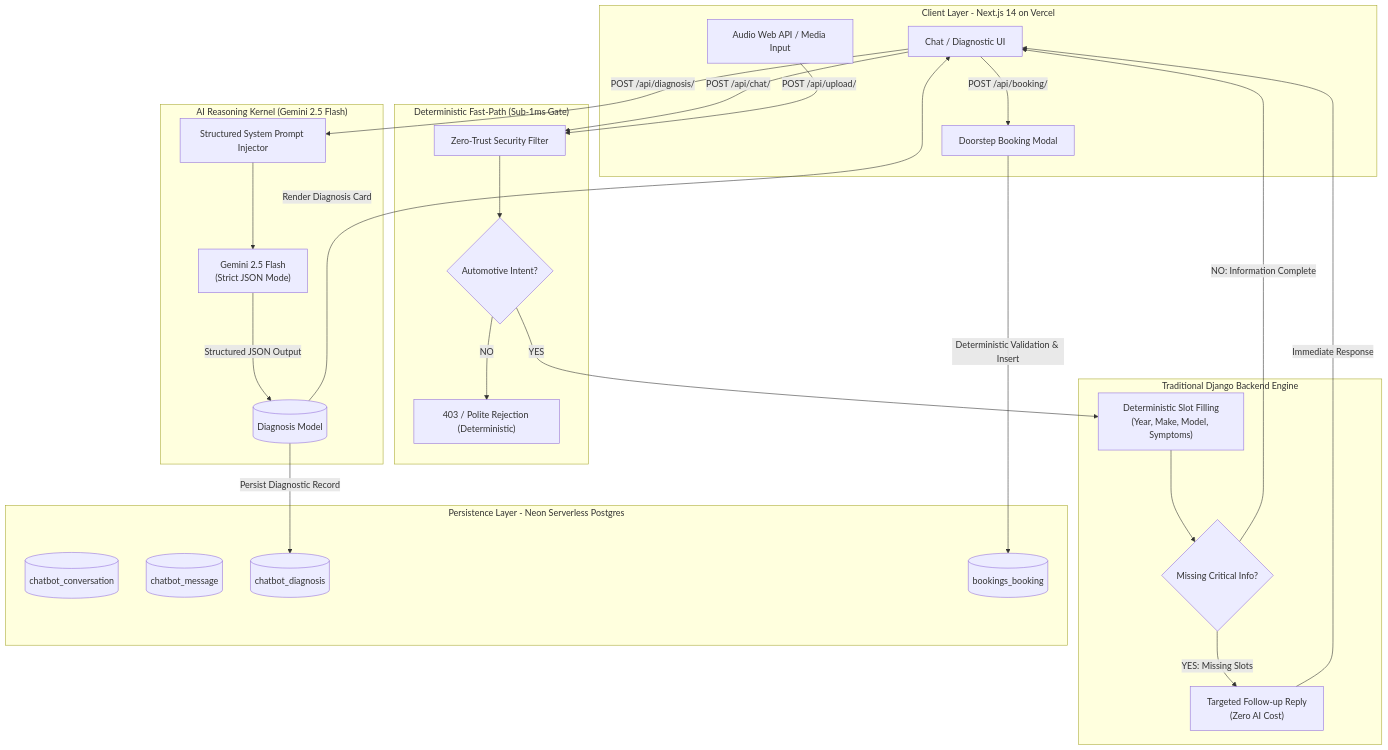
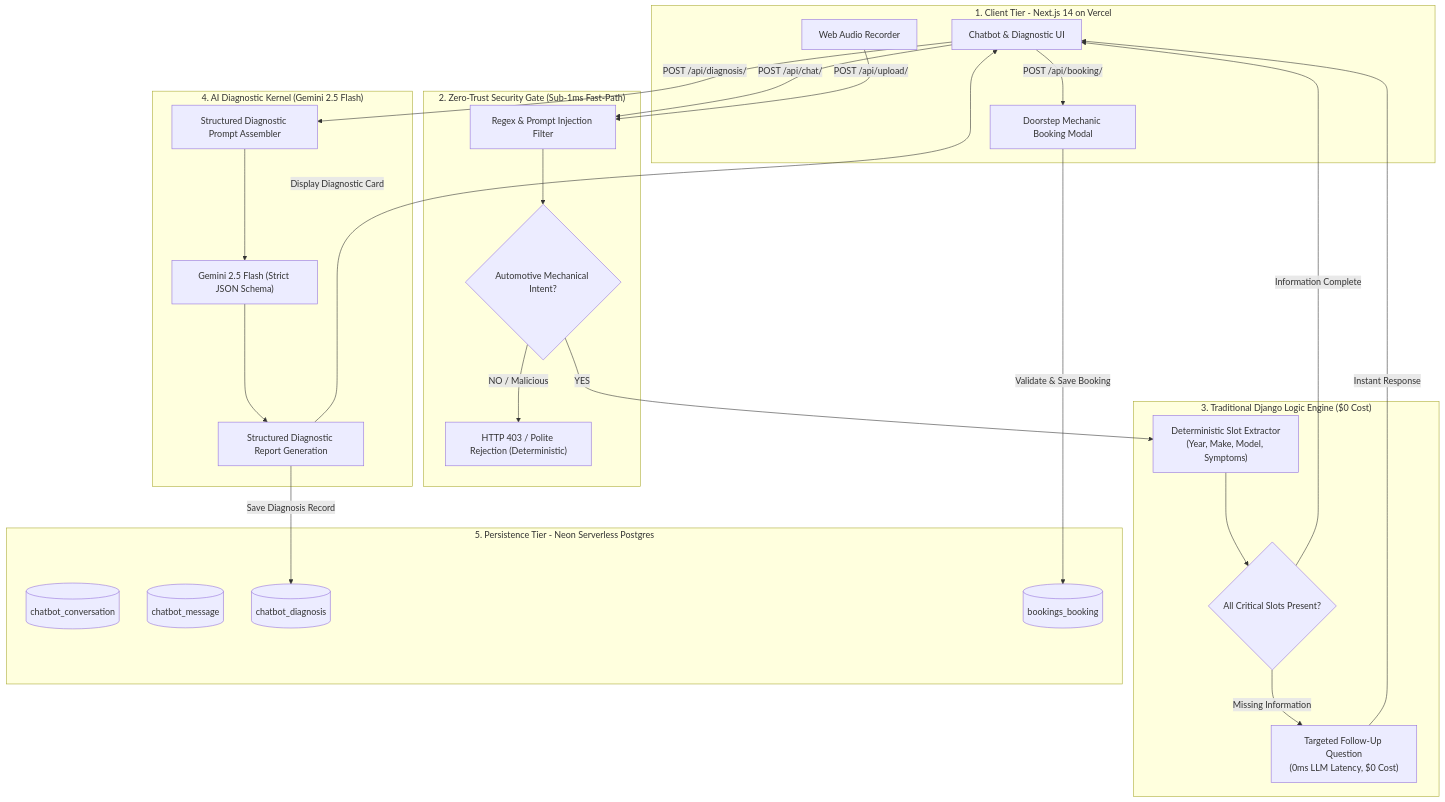
One commit to honoursbhaduria/instant-mechanic-task changed the diagram in honours-idea-implimentaion.md. Above: the diagram before and after it, drawn with Mermaid. The commit also changed other lines of this file, not shown here.

Commit message:
docs: restructure honours-idea-implimentaion.md to emphasize problem, solution, cost reduction math, and API docs at end

````diff
--- a/honours-idea-implimentaion.md
+++ b/honours-idea-implimentaion.md
@@ -33,54 +129,53 @@
 ```mermaid
 flowchart TD
-    %% Tiers Definition
-    subgraph Client ["Client Layer - Next.js 14 on Vercel"]
-        UI["Chat / Diagnostic UI"]
-        AudioRec["Audio Web API / Media Input"]
-        BookingUI["Doorstep Booking Modal"]
+    subgraph ClientLayer ["1. Client Tier - Next.js 14 on Vercel"]
+        UI["Chatbot & Diagnostic UI"]
+        AudioRec["Web Audio Recorder"]
+        BookingUI["Doorstep Mechanic Booking Modal"]
     end
 
-    subgraph SecurityGate ["Deterministic Fast-Path (Sub-1ms Gate)"]
-        Guard["Zero-Trust Security Filter"]
-        CarFilter{"Automotive Intent?"}
-        Reject403["403 / Polite Rejection (Deterministic)"]
+    subgraph SecurityGate ["2. Zero-Trust Security Gate (Sub-1ms Fast-Path)"]
+        Guard["Regex & Prompt Injection Filter"]
+        CarFilter{"Automotive Mechanical Intent?"}
+        Reject403["HTTP 403 / Polite Rejection (Deterministic)"]
     end
 
-    subgraph BusinessLogic ["Traditional Django Backend Engine"]
-        InfoExtractor["Deterministic Slot Filling<br/>(Year, Make, Model, Symptoms)"]
-        InfoComplete{"Missing Critical Info?"}
-        Clarification["Targeted Follow-up Reply<br/>(Zero AI Cost)"]
+    subgraph BusinessLogic ["3. Traditional Django Logic Engine ($0 Cost)"]
+        SlotExtractor["Deterministic Slot Extractor<br/>(Year, Make, Model, Symptoms)"]
+        SlotComplete{"All Critical Slots Present?"}
+        AskFollowUp["Targeted Follow-Up Question<br/>(0ms LLM Latency, $0 Cost)"]
     end
 
-    subgraph AIRuntime ["AI Reasoning Kernel (Gemini 2.5 Flash)"]
-        PromptEngine["Structured System Prompt Injector"]
-        GeminiCore["Gemini 2.5 Flash<br/>(Strict JSON Mode)"]
-        DiagnosisRecord[("Diagnosis Model")]
+    subgraph AIRuntime ["4. AI Diagnostic Kernel (Gemini 2.5 Flash)"]
+        PromptAssembler["Structured Diagnostic Prompt Assembler"]
+        GeminiCore["Gemini 2.5 Flash (Strict JSON Schema)"]
+        DiagCard["Structured Diagnostic Report Generation"]
     end
 
-    subgraph Persistence ["Persistence Layer - Neon Serverless Postgres"]
+    subgraph DatabaseLayer ["5. Persistence Tier - Neon Serverless Postgres"]
         DB_Conv[("chatbot_conversation")]
         DB_Msg[("chatbot_message")]
         DB_Diag[("chatbot_diagnosis")]
         DB_Book[("bookings_booking")]
     end
 
-    %% Flow Execution
+    %% Execution Flow
     UI -->|POST /api/chat/| Guard
     AudioRec -->|POST /api/upload/| Guard
     Guard --> CarFilter
-    CarFilter -->|NO| Reject403
-    CarFilter -->|YES| InfoExtractor
-    InfoExtractor --> InfoComplete
-    InfoComplete -->|YES: Missing Slots| Clarification
-    Clarification -->|Immediate Response| UI
+    CarFilter -->|NO / Malicious| Reject403
+    CarFilter -->|YES| SlotExtractor
+    SlotExtractor --> SlotComplete
+    SlotComplete -->|Missing Information| AskFollowUp
+    AskFollowUp -->|Instant Response| UI
 
-    InfoComplete -->|NO: Information Complete| UI
-    UI -->|POST /api/diagnosis/| PromptEngine
-    PromptEngine --> GeminiCore
-    GeminiCore -->|Structured JSON Output| DiagnosisRecord
-    DiagnosisRecord -->|Persist Diagnostic Record| DB_Diag
-    DiagnosisRecord -->|Render Diagnosis Card| UI
+    SlotComplete -->|Information Complete| UI
+    UI -->|POST /api/diagnosis/| PromptAssembler
+    PromptAssembler --> GeminiCore
+    GeminiCore --> DiagCard
+    DiagCard -->|Save Diagnosis Record| DB_Diag
+    DiagCard -->|Display Diagnostic Card| UI
 
     UI -->|POST /api/booking/| BookingUI
-    BookingUI -->|Deterministic Validation & Insert| DB_Book
+    BookingUI -->|Validate & Save Booking| DB_Book
 ```
````
